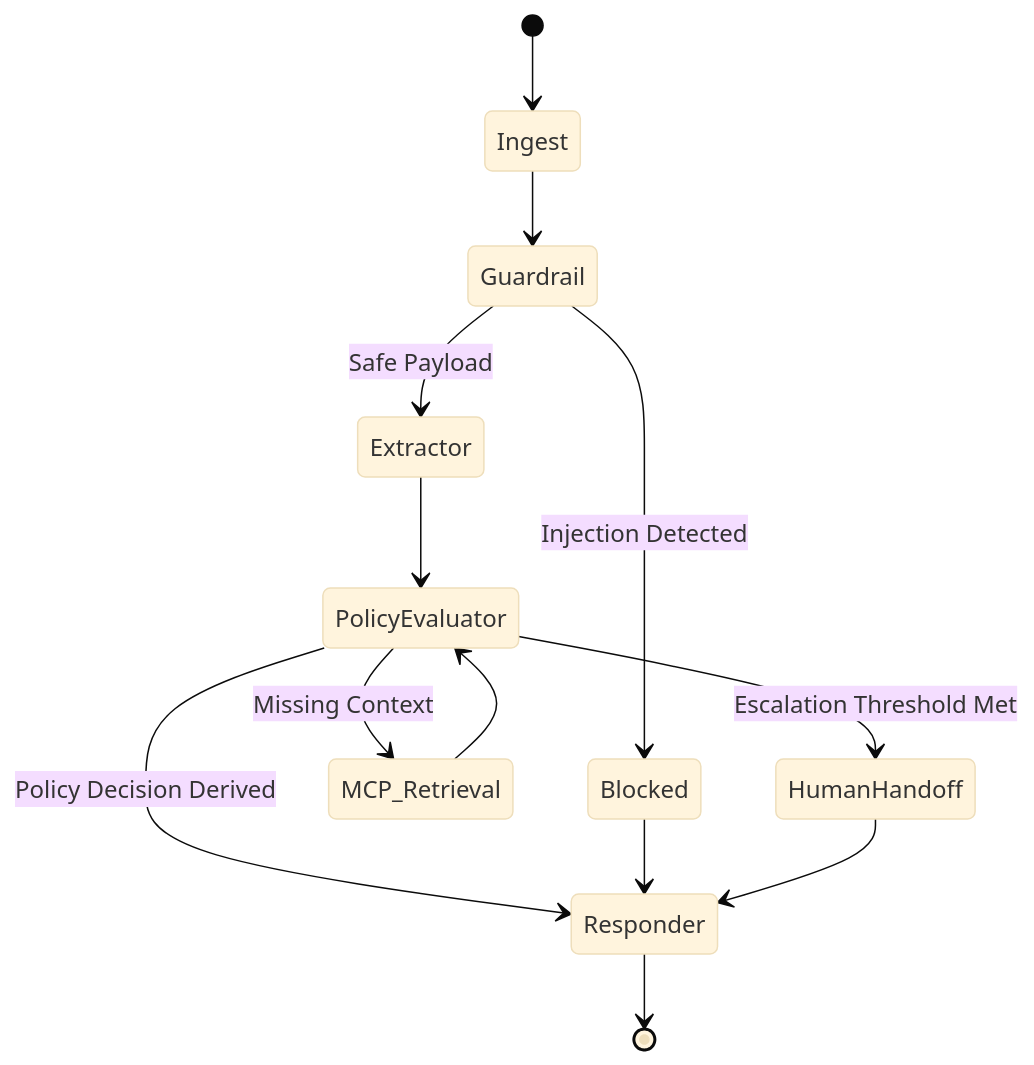
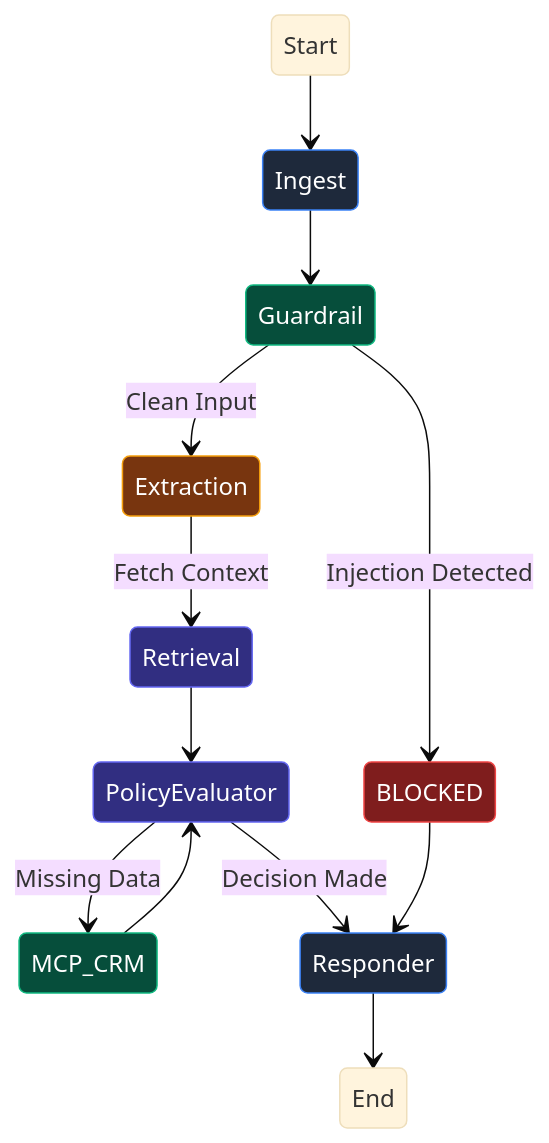
Before and after one commit to kunal-gh/Andromeda: the diagram in README.md, drawn with Mermaid (base theme). The commit also changed other lines of this file and 1 other file, not shown here.

Commit message:
docs: Add exhaustive DOCUMENTATION.md and redesign README.md architecture diagram

````diff
--- a/README.md
+++ b/README.md
@@ -95,15 +76,28 @@
 ```mermaid
 stateDiagram-v2
-    [*] --> Ingest
-    Ingest --> Guardrail
-    Guardrail --> Blocked: Injection Detected
-    Guardrail --> Extractor: Safe Payload
-    Extractor --> PolicyEvaluator
-    PolicyEvaluator --> MCP_Retrieval: Missing Context
-    MCP_Retrieval --> PolicyEvaluator
-    PolicyEvaluator --> HumanHandoff: Escalation Threshold Met
-    PolicyEvaluator --> Responder: Policy Decision Derived
-    Blocked --> Responder
-    HumanHandoff --> Responder
-    Responder --> [*]
+    direction TB
+    
+    %% Styles
+    classDef ingest fill:#1e293b,color:#fff,stroke:#3b82f6
+    classDef safe fill:#064e3b,color:#fff,stroke:#10b981
+    classDef danger fill:#7f1d1d,color:#fff,stroke:#ef4444
+    classDef llm fill:#78350f,color:#fff,stroke:#f59e0b
+    classDef logic fill:#312e81,color:#fff,stroke:#6366f1
+    
+    Start --> Ingest:::ingest
+    Ingest --> Guardrail:::safe
+    
+    Guardrail --> BLOCKED:::danger : Injection Detected
+    Guardrail --> Extraction:::llm : Clean Input
+    
+    Extraction --> Retrieval:::logic : Fetch Context
+    Retrieval --> PolicyEvaluator:::logic
+    
+    PolicyEvaluator --> MCP_CRM:::safe : Missing Data
+    MCP_CRM --> PolicyEvaluator
+    
+    PolicyEvaluator --> Responder:::ingest : Decision Made
+    BLOCKED --> Responder
+    
+    Responder --> End
 ```
````
